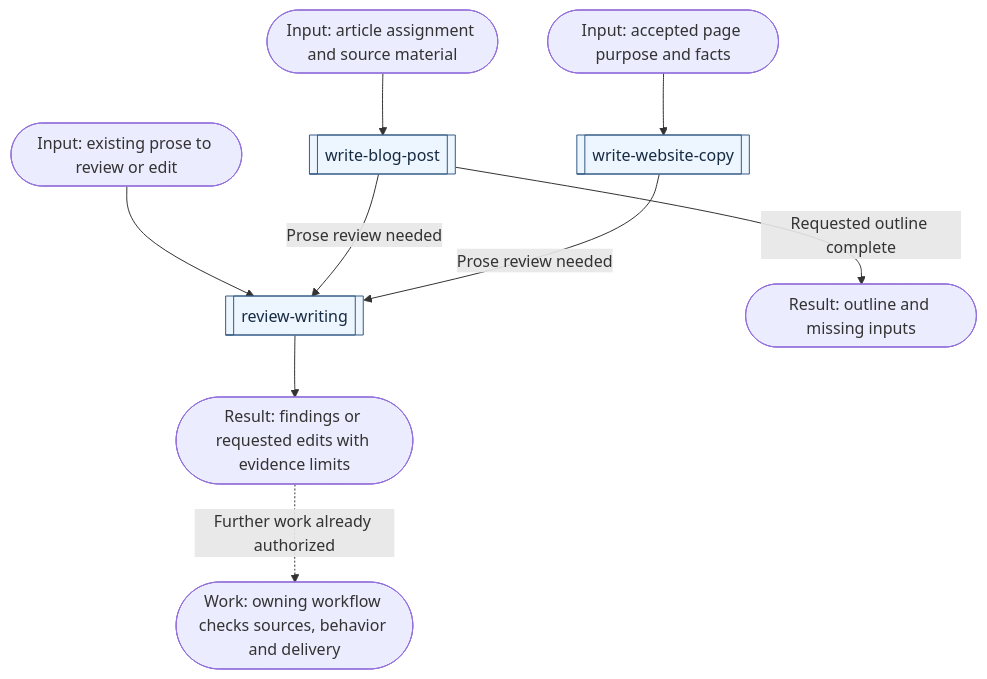
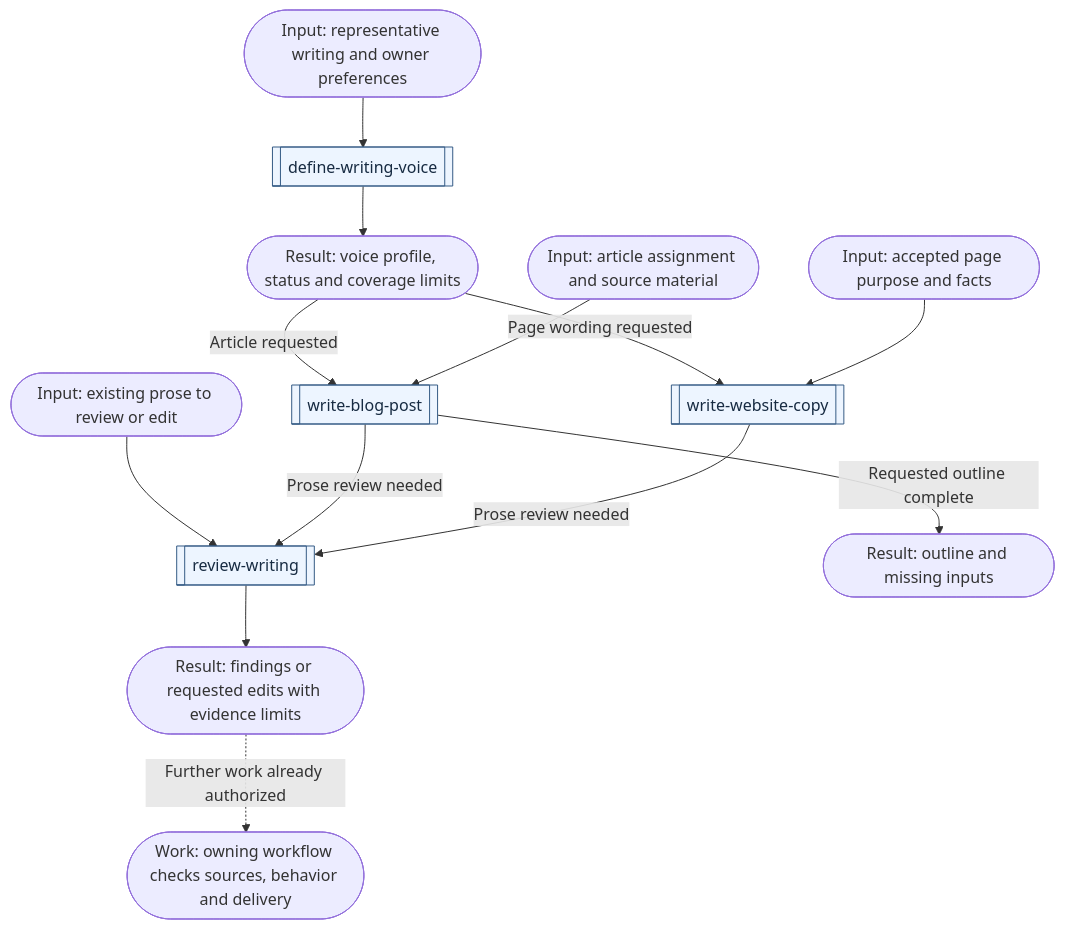
Before and after one commit to bobalazek/skills: the fifth of 8 diagrams in docs/workflows.md, drawn with Mermaid. The commit also changed other lines of this file and 12 other files, not shown here.

Commit message:
feat(content): capture reusable writing voice profiles (#30)

````diff
--- a/docs/workflows.md
+++ b/docs/workflows.md
@@ -239,13 +241,17 @@
 ```mermaid
 flowchart TD
+  Samples(["Input: representative writing and owner preferences"]) --> Voice[["define-writing-voice"]]
+  Voice --> Guide(["Result: voice profile, status and coverage limits"])
+  Guide -->|Article requested| Blog
+  Guide -->|Page wording requested| Copy
   Notes(["Input: article assignment and source material"]) --> Blog[["write-blog-post"]]
   Page(["Input: accepted page purpose and facts"]) --> Copy[["write-website-copy"]]
   Existing(["Input: existing prose to review or edit"]) --> Review[["review-writing"]]
   Blog -->|Prose review needed| Review
   Copy -->|Prose review needed| Review
   Review --> Result(["Result: findings or requested edits with evidence limits"])
   Blog -->|Requested outline complete| Outline(["Result: outline and missing inputs"])
   Result -. "Further work already authorized" .-> Owner(["Work: owning workflow checks sources, behavior and delivery"])
   classDef skill fill:#edf5ff,stroke:#355b85,color:#172b42;
-  class Blog,Copy,Review skill;
+  class Voice,Blog,Copy,Review skill;
 ```
````
